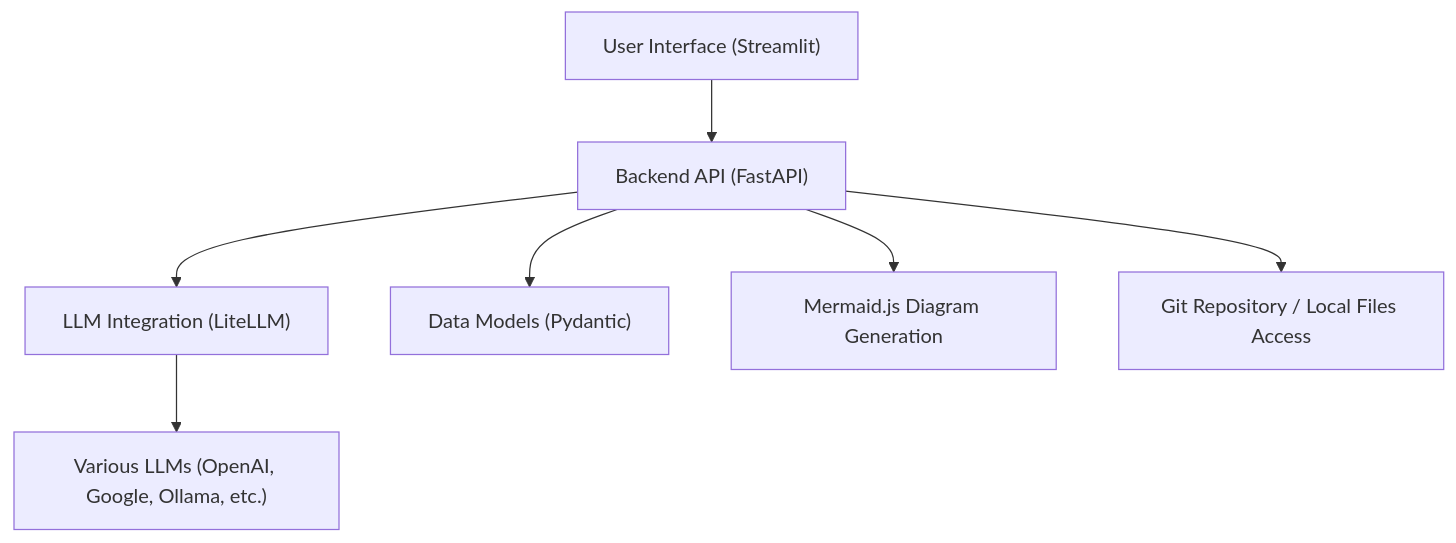
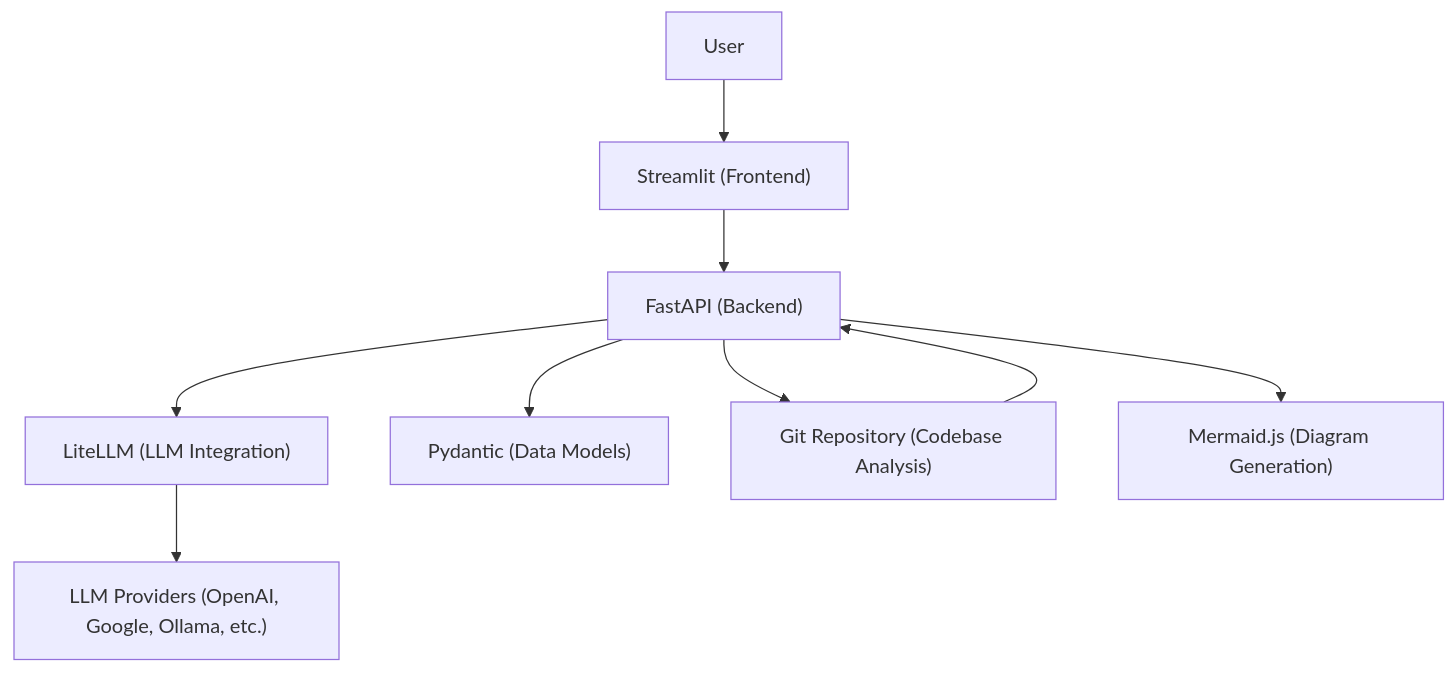
Before and after one commit to catuscio/wiki-as-readme: diagram 19 of 19 in examples/wiki_as_README.md, drawn with Mermaid. The commit also changed other lines of this file, not shown here.

````diff
--- a/examples/wiki_as_README.md
+++ b/examples/wiki_as_README.md
@@ -1961,9 +2277,11 @@
 ```mermaid
 graph TD
-    A["User Interface (Streamlit)"] --> B["Backend API (FastAPI)"]
-    B --> C["LLM Integration (LiteLLM)"]
-    C --> D["Various LLMs (OpenAI, Google, Ollama, etc.)"]
-    B --> E["Data Models (Pydantic)"]
-    B --> F["Mermaid.js Diagram Generation"]
-    B --> G["Git Repository / Local Files Access"]
+    User["User"] --> Streamlit_UI["Streamlit (Frontend)"];
+    Streamlit_UI --> FastAPI_Backend["FastAPI (Backend)"];
+    FastAPI_Backend --> LiteLLM_Integration["LiteLLM (LLM Integration)"];
+    LiteLLM_Integration --> LLM_Providers["LLM Providers (OpenAI, Google, Ollama, etc.)"];
+    FastAPI_Backend --> Pydantic_Models["Pydantic (Data Models)"];
+    FastAPI_Backend --> Git_Repo_Access["Git Repository (Codebase Analysis)"];
+    FastAPI_Backend --> Mermaid_Generation["Mermaid.js (Diagram Generation)"];
+    Git_Repo_Access --> FastAPI_Backend;
 ```
````
